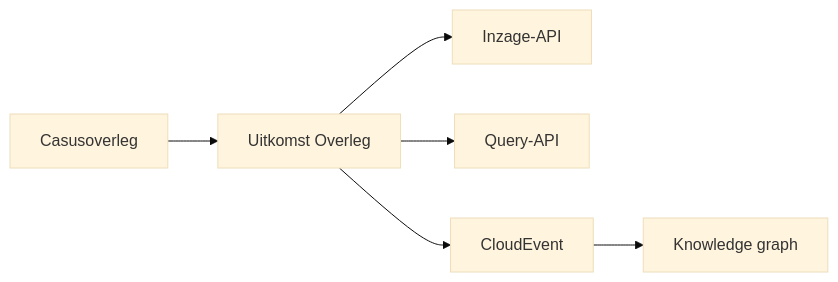
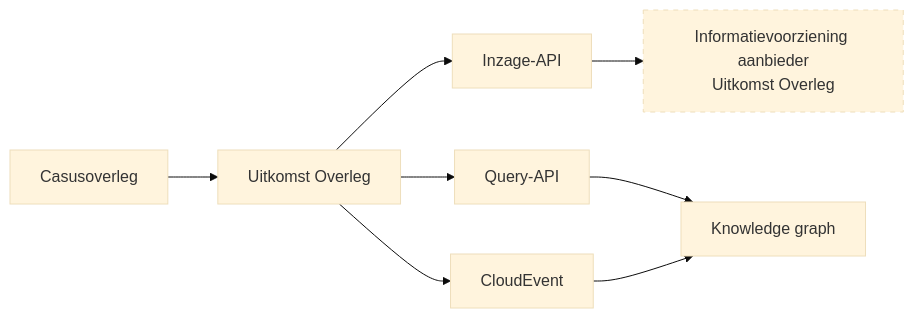
Before and after one commit to samen-onder-handbereik/specificaties: the diagram in UitwisselenUitkomstOverleg.md, drawn with Mermaid (base theme). The commit also changed other lines of this file and 4 other files, not shown here.

````diff
--- a/UitwisselenUitkomstOverleg.md
+++ b/UitwisselenUitkomstOverleg.md
@@ -45,8 +45,16 @@
 ``` mermaid
 flowchart LR
     C[Casusoverleg] --> U[Uitkomst Overleg]
     U --> API[Inzage-API]
     U --> Q[Query-API]
     U --> CE[CloudEvent]
-    CE --> G[Knowledge graph]
+
+    Q --> G[Knowledge graph]
+    CE --> G
+
+    I["Informatievoorziening aanbieder<br/>Uitkomst Overleg"]
+    API --> I
+
+    class I external
+    classDef external stroke-dasharray: 5 5
 ```
````
